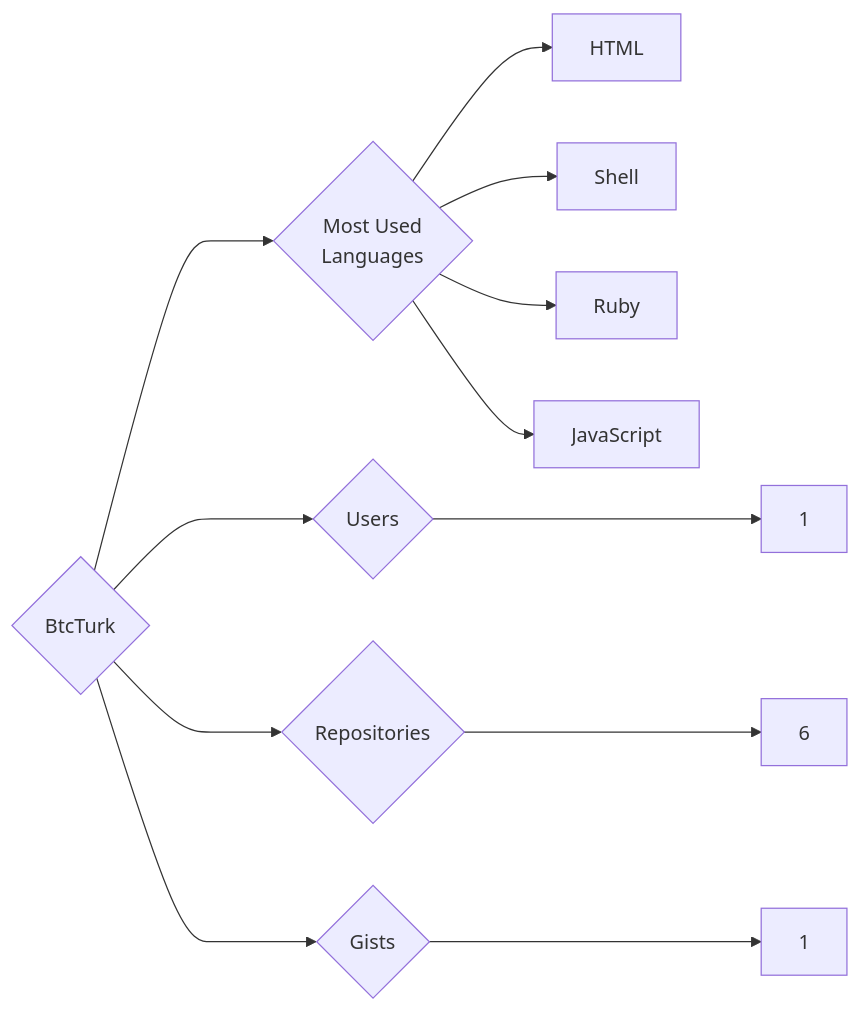
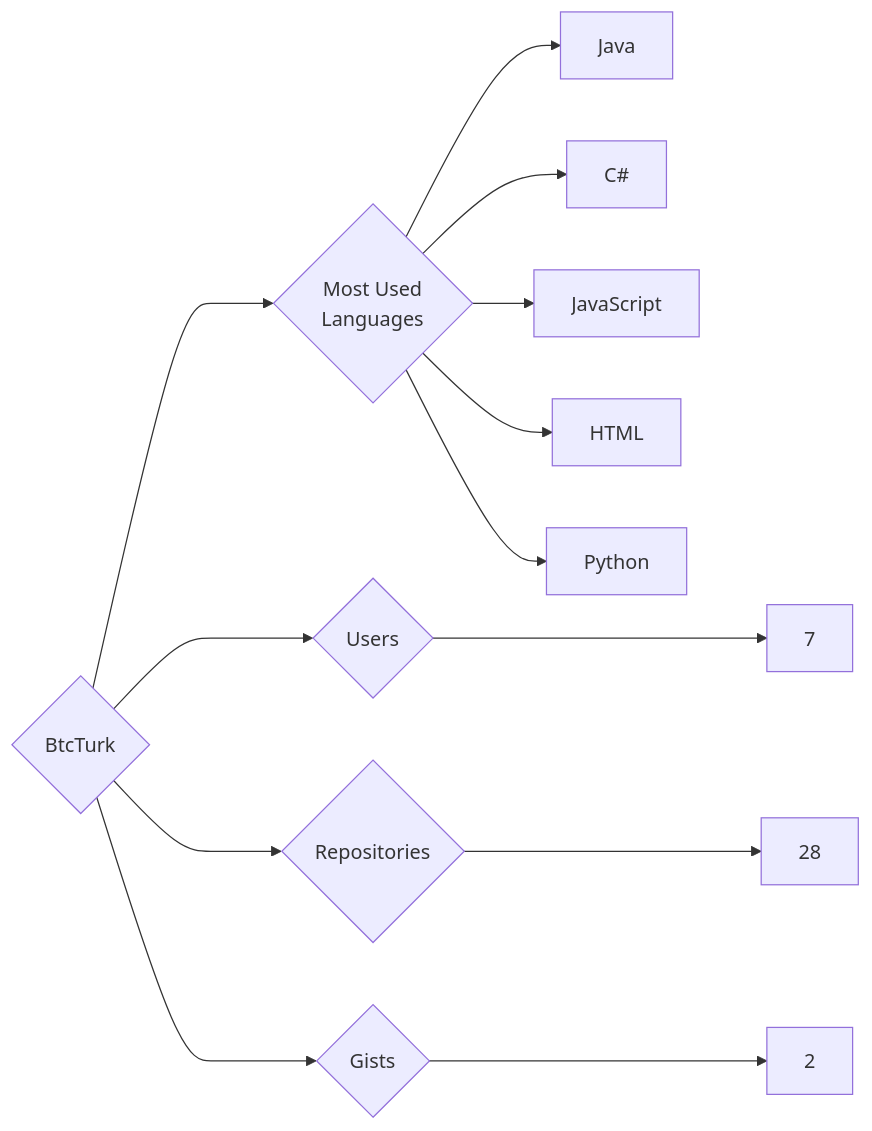
One commit to trickest/insiders changed the diagram in targets/BtcTurk/README.md. Above: the diagram before and after it, drawn with Mermaid. The commit also changed 1149 other files, not shown here.

````diff
--- a/targets/BtcTurk/README.md
+++ b/targets/BtcTurk/README.md
@@ -3,12 +3,13 @@
 ```mermaid
 graph LR
 COMPANY_NAME{BtcTurk}
-COMPANY_NAME ---> U{Users} ---> UN[1]
-COMPANY_NAME ---> R{Repositories} ---> RN[6]
-COMPANY_NAME ---> G{Gists} ---> GN[1]
+COMPANY_NAME ---> U{Users} ---> UN[7]
+COMPANY_NAME ---> R{Repositories} ---> RN[28]
+COMPANY_NAME ---> G{Gists} ---> GN[2]
 COMPANY_NAME ---> ML{Most Used<br>Languages}
+ML --> Java[Java]
+ML --> C#[C#]
+ML --> JavaScript[JavaScript]
 ML --> HTML[HTML]
-ML --> Shell[Shell]
-ML --> Ruby[Ruby]
-ML --> JavaScript[JavaScript]
+ML --> Python[Python]
 ```
````
